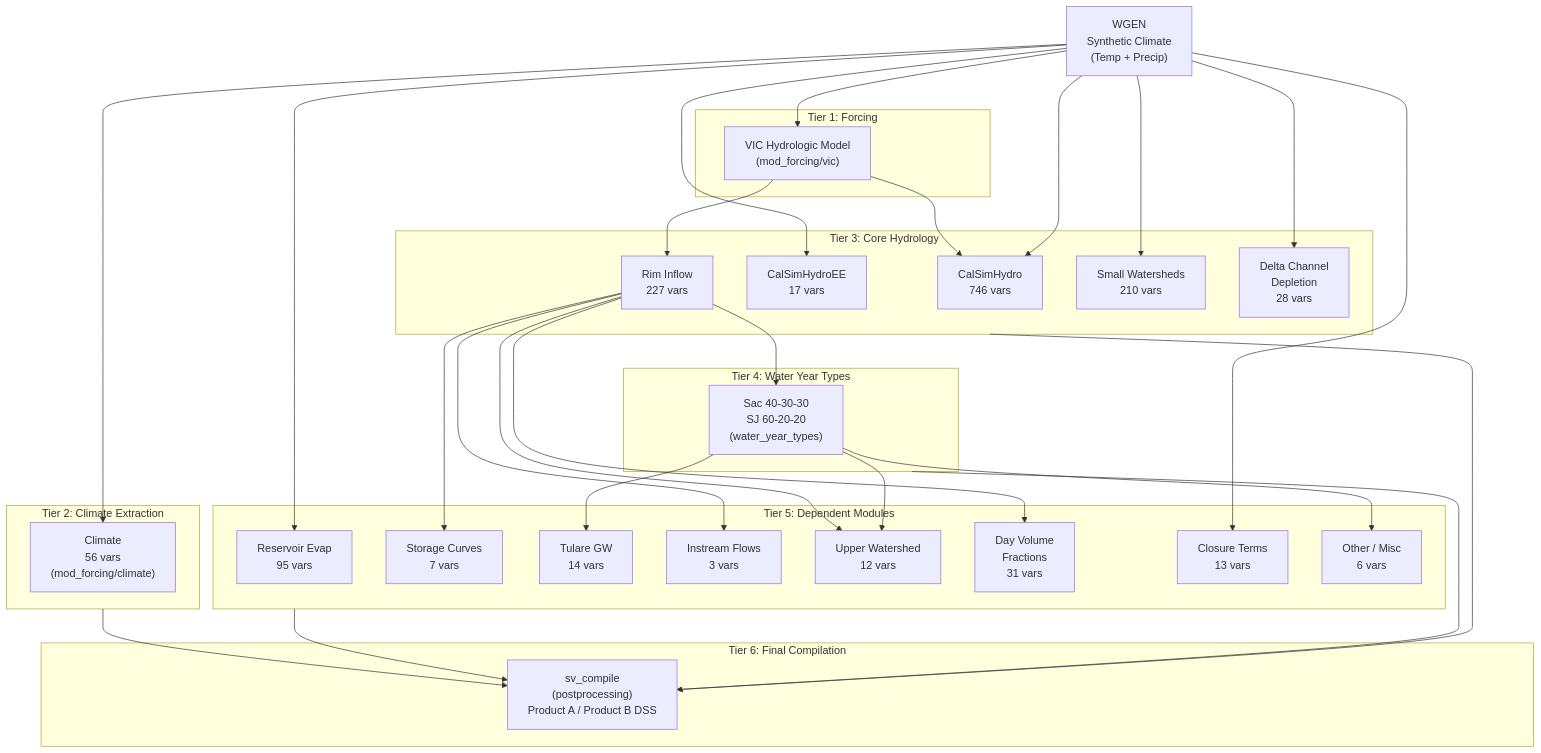
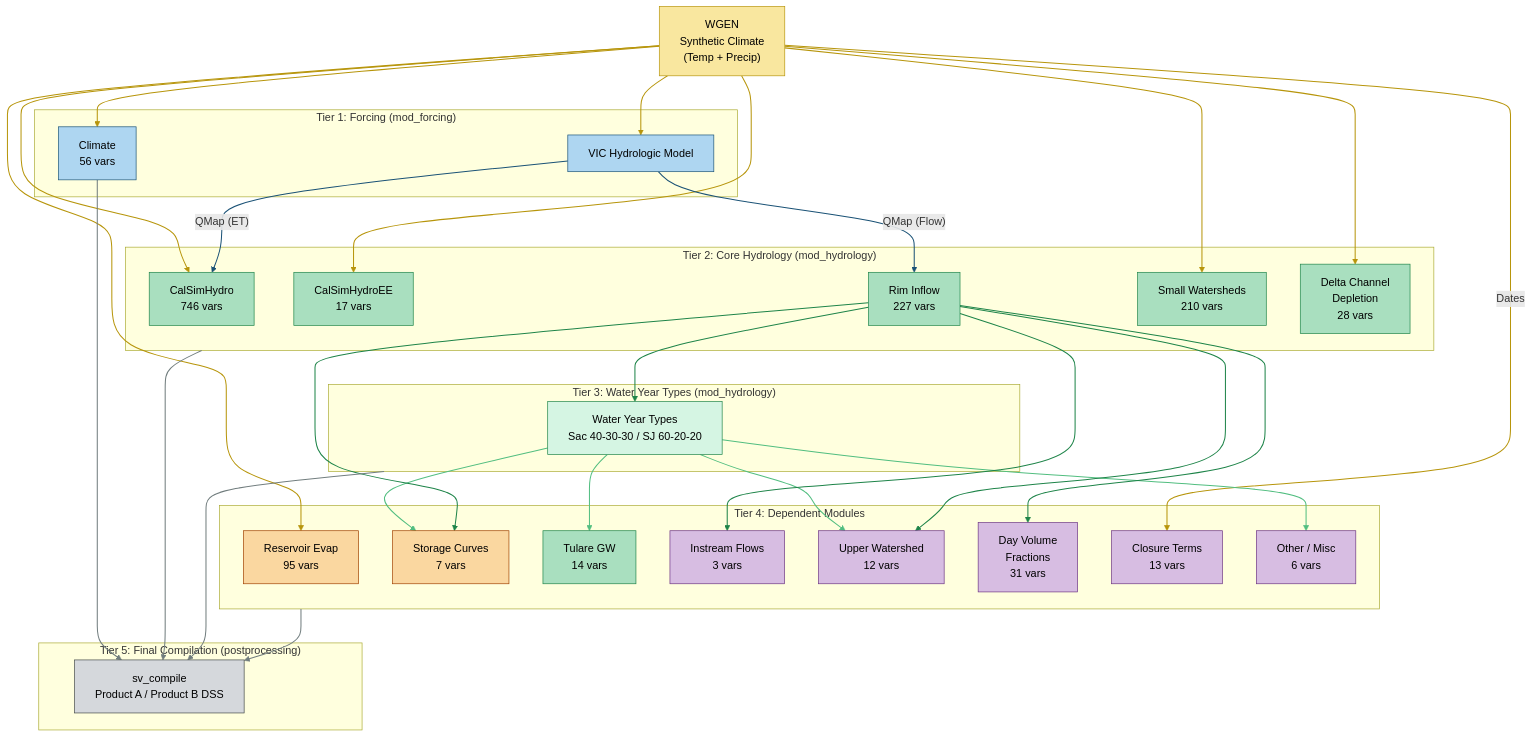
The diagram in docs/source/input-generation/overview.md (CentralValleyModeling/calsim3-stochastic-input-generation), drawn with Mermaid before and after one commit. The commit also changed 3 other files, not shown here.

````diff
--- a/docs/source/input-generation/overview.md
+++ b/docs/source/input-generation/overview.md
@@ -68,62 +68,80 @@
 ```{mermaid}
 flowchart TD
-    WGEN["WGEN<br/>Synthetic Climate<br/>(Temp + Precip)"]
+    classDef wgen fill:#F9E79F,stroke:#B7950B,color:#000
+    classDef forcing fill:#AED6F1,stroke:#1A5276,color:#000
+    classDef hydrology fill:#A9DFBF,stroke:#1E8449,color:#000
+    classDef wyt fill:#D5F5E3,stroke:#1E8449,color:#000
+    classDef reservoir fill:#FAD7A0,stroke:#A04000,color:#000
+    classDef other fill:#D7BDE2,stroke:#6C3483,color:#000
+    classDef postproc fill:#D5D8DC,stroke:#424949,color:#000
 
-    subgraph Tier1["Tier 1: Forcing"]
-        VIC["VIC Hydrologic Model<br/>(mod_forcing/vic)"]
+    WGEN["WGEN<br/>Synthetic Climate<br/>(Temp + Precip)"]:::wgen
+
+    subgraph Tier1["Tier 1: Forcing (mod_forcing)"]
+        VIC["VIC Hydrologic Model"]:::forcing
+        CLIMATE["Climate<br/>56 vars"]:::forcing
     end
 
-    subgraph Tier2["Tier 2: Climate Extraction"]
-        CLIMATE["Climate<br/>56 vars<br/>(mod_forcing/climate)"]
+    subgraph Tier2["Tier 2: Core Hydrology (mod_hydrology)"]
+        CSHYDRO["CalSimHydro<br/>746 vars"]:::hydrology
+        CSHYDRO_EE["CalSimHydroEE<br/>17 vars"]:::hydrology
+        RIM["Rim Inflow<br/>227 vars"]:::hydrology
+        SWS["Small Watersheds<br/>210 vars"]:::hydrology
+        DCD["Delta Channel<br/>Depletion<br/>28 vars"]:::hydrology
     end
 
-    subgraph Tier3["Tier 3: Core Hydrology"]
-        CSHYDRO["CalSimHydro<br/>746 vars"]
-        CSHYDRO_EE["CalSimHydroEE<br/>17 vars"]
-        RIM["Rim Inflow<br/>227 vars"]
-        SWS["Small Watersheds<br/>210 vars"]
-        DCD["Delta Channel<br/>Depletion<br/>28 vars"]
+    subgraph Tier3["Tier 3: Water Year Types (mod_hydrology)"]
+        WYT["Water Year Types<br/>Sac 40-30-30 / SJ 60-20-20"]:::wyt
     end
 
-    subgraph Tier4["Tier 4: Water Year Types"]
-        WYT["Sac 40-30-30<br/>SJ 60-20-20<br/>(water_year_types)"]
+    subgraph Tier4["Tier 4: Dependent Modules"]
+        EVAP["Reservoir Evap<br/>95 vars"]:::reservoir
+        STORAGE["Storage Curves<br/>7 vars"]:::reservoir
+        TULARE["Tulare GW<br/>14 vars"]:::hydrology
+        INSTREAM["Instream Flows<br/>3 vars"]:::other
+        UPPER["Upper Watershed<br/>12 vars"]:::other
+        DVF["Day Volume<br/>Fractions<br/>31 vars"]:::other
+        CLOSURE["Closure Terms<br/>13 vars"]:::other
+        OTHER["Other / Misc<br/>6 vars"]:::other
     end
 
-    subgraph Tier5["Tier 5: Dependent Modules"]
-        EVAP["Reservoir Evap<br/>95 vars"]
-        STORAGE["Storage Curves<br/>7 vars"]
-        TULARE["Tulare GW<br/>14 vars"]
-        INSTREAM["Instream Flows<br/>3 vars"]
-        UPPER["Upper Watershed<br/>12 vars"]
-        DVF["Day Volume<br/>Fractions<br/>31 vars"]
-        CLOSURE["Closure Terms<br/>13 vars"]
-        OTHER["Other / Misc<br/>6 vars"]
-    end
-
-    subgraph Tier6["Tier 6: Final Compilation"]
-        COMPILE["sv_compile<br/>(postprocessing)<br/>Product A / Product B DSS"]
+    subgraph Tier5["Tier 5: Final Compilation (postprocessing)"]
+        COMPILE["sv_compile<br/>Product A / Product B DSS"]:::postproc
     end
 
     WGEN --> VIC
     WGEN --> CLIMATE
     WGEN --> CSHYDRO
     WGEN --> CSHYDRO_EE
     WGEN --> SWS
     WGEN --> DCD
     WGEN --> EVAP
-    WGEN --> CLOSURE
-    VIC --> RIM
-    VIC --> CSHYDRO
+    WGEN -->|"Dates"| CLOSURE
+    VIC -->|"QMap (Flow)"| RIM
+    VIC -->|"QMap (ET)"| CSHYDRO
     RIM --> WYT
     WYT --> TULARE
     WYT --> UPPER
     WYT --> OTHER
+    WYT --> STORAGE
     RIM --> INSTREAM
     RIM --> UPPER
     RIM --> DVF
     RIM --> STORAGE
+    CLIMATE --> COMPILE
+    Tier2 --> COMPILE
     Tier3 --> COMPILE
     Tier4 --> COMPILE
-    Tier5 --> COMPILE
-    Tier2 --> COMPILE
+
+    %% Arrow colors by source (linkStyle indices are 0-based, in order of appearance above)
+    %% WGEN arrows: 0-7 (gold)
+    linkStyle 0,1,2,3,4,5,6,7 stroke:#B7950B,stroke-width:1.5px
+    %% VIC arrows: 8-9 (blue)
+    linkStyle 8,9 stroke:#1A5276,stroke-width:1.5px
+    %% RIM arrows: 10,15,16,17,18 (green)
+    linkStyle 10,15,16,17,18 stroke:#1E8449,stroke-width:1.5px
+    %% WYT arrows: 11-14 (light green)
+    linkStyle 11,12,13,14 stroke:#52BE80,stroke-width:1.5px
+    %% compile arrows: 19-22 (gray)
+    linkStyle 19,20,21,22 stroke:#717D7E,stroke-width:1.5px
 ```
````
